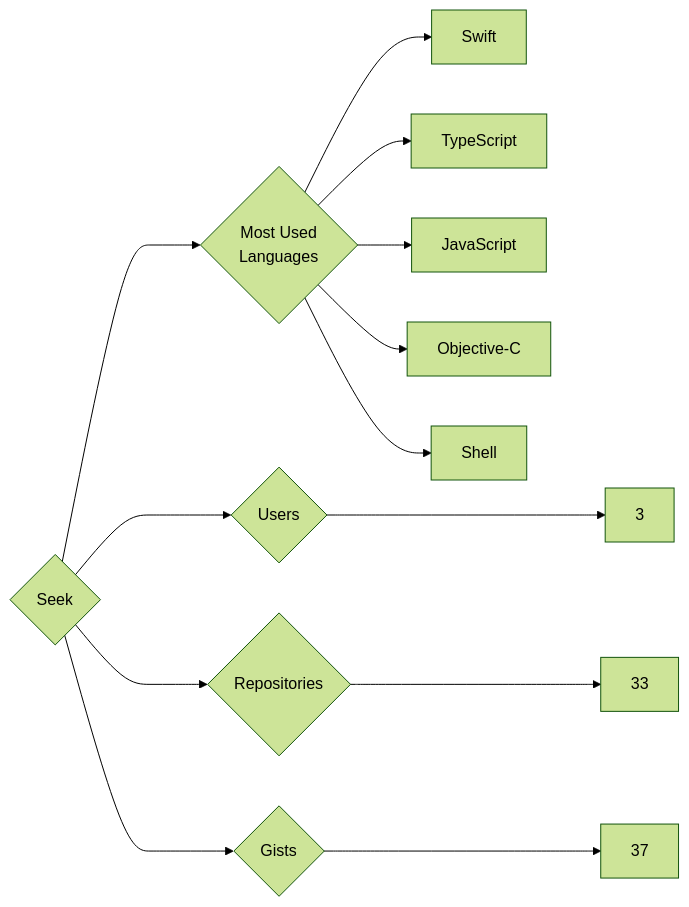
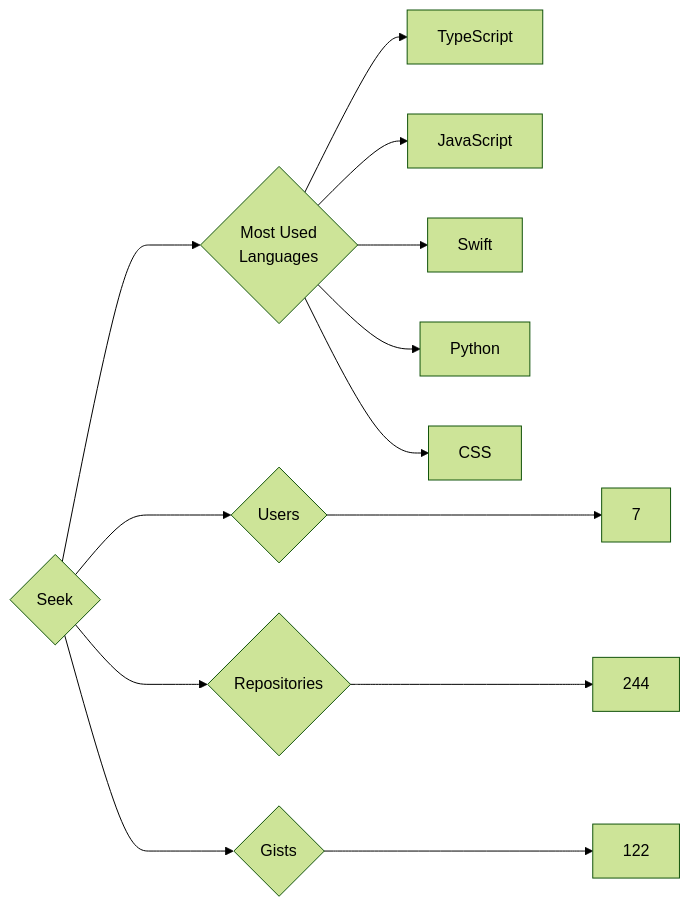
The diagram in targets/Seek/README.md (trickest/insiders), drawn with Mermaid (forest theme) before and after one commit. The commit also changed 964 other files, not shown here.

````diff
--- a/targets/Seek/README.md
+++ b/targets/Seek/README.md
@@ -3,13 +3,13 @@
 ```mermaid
 graph LR
 COMPANY_NAME{Seek}
-COMPANY_NAME ---> U{Users} ---> UN[3]
-COMPANY_NAME ---> R{Repositories} ---> RN[33]
-COMPANY_NAME ---> G{Gists} ---> GN[37]
+COMPANY_NAME ---> U{Users} ---> UN[7]
+COMPANY_NAME ---> R{Repositories} ---> RN[244]
+COMPANY_NAME ---> G{Gists} ---> GN[122]
 COMPANY_NAME ---> ML{Most Used<br>Languages}
-ML --> Swift[Swift]
 ML --> TypeScript[TypeScript]
 ML --> JavaScript[JavaScript]
-ML --> Objective-C[Objective-C]
-ML --> Shell[Shell]
+ML --> Swift[Swift]
+ML --> Python[Python]
+ML --> CSS[CSS]
 ```
````
